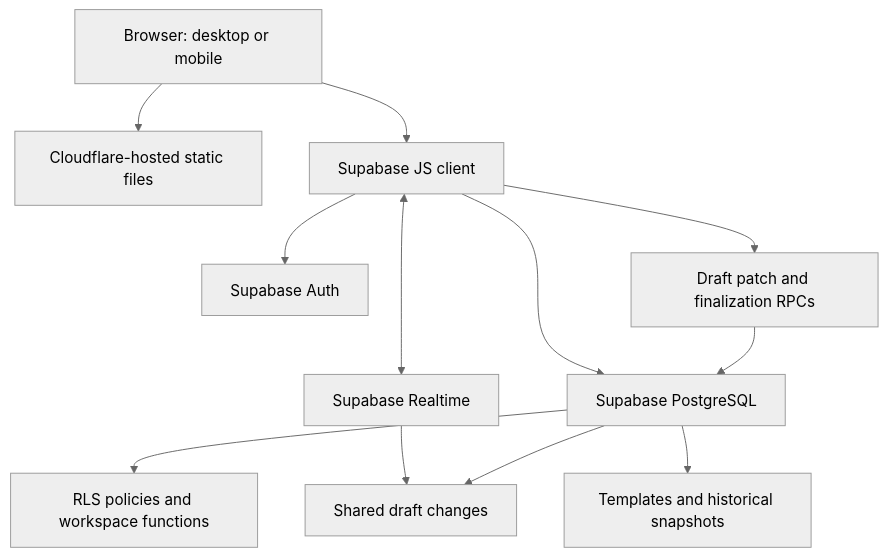
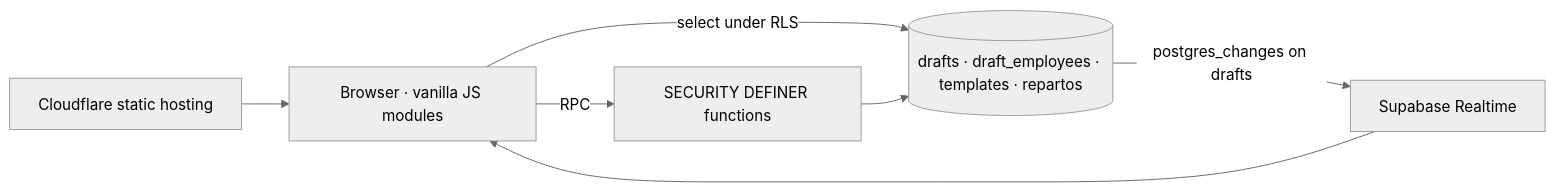
One commit to paolaphuerta/Tip-Management-System- changed the diagram in README.md. Above: the diagram before and after it, drawn with Mermaid (neutral theme). The commit also changed other lines of this file and 6 other files, not shown here.

````diff
--- a/README.md
+++ b/README.md
@@ -45,14 +33,9 @@
 ```mermaid
-flowchart TD
-  U[Browser: desktop or mobile] --> C[Cloudflare-hosted static files]
-  U --> S[Supabase JS client]
-  S --> A[Supabase Auth]
-  S --> P[Supabase PostgreSQL]
-  S <--> RT[Supabase Realtime]
-  RT --> D[Shared draft changes]
-  P --> R[RLS policies and workspace functions]
-  P --> D
-  P --> T[Templates and historical snapshots]
-  S --> F[Draft patch and finalization RPCs]
-  F --> P
+flowchart LR
+  B[Browser · vanilla JS modules] -->|RPC| F[SECURITY DEFINER functions]
+  B -->|select under RLS| T[(drafts · draft_employees · templates · repartos)]
+  F --> T
+  T -->|postgres_changes on drafts| RT[Supabase Realtime]
+  RT --> B
+  CF[Cloudflare static hosting] --> B
 ```
````
